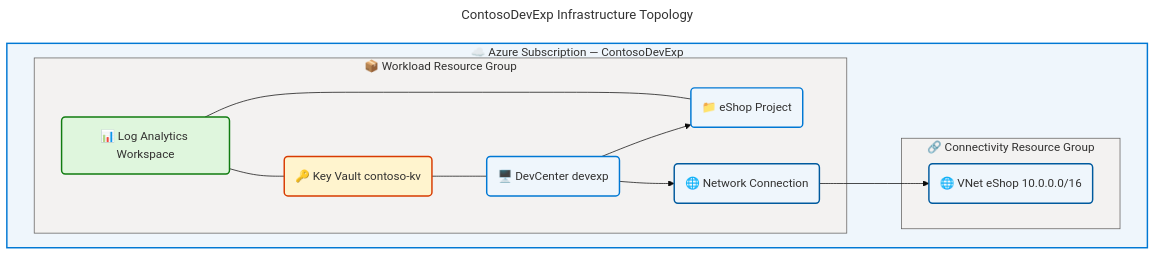
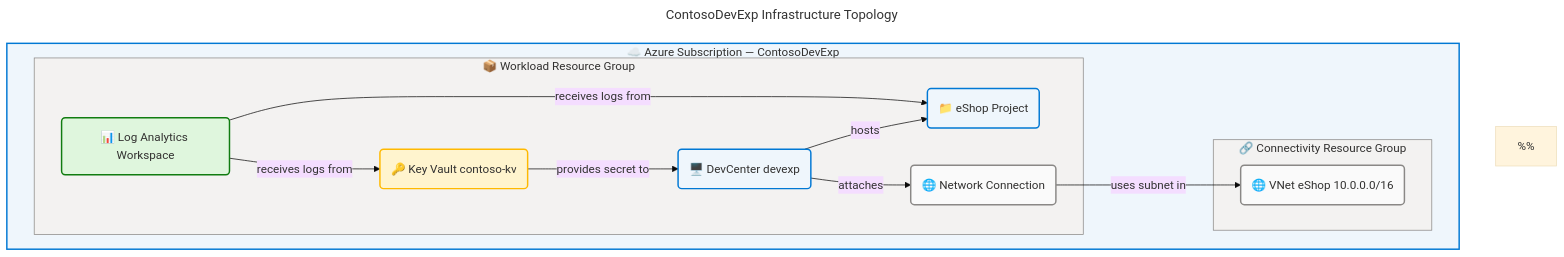
The first of 3 diagrams in docs/architecture/tech-arch.md (Evilazaro/DevExp-DevBox), drawn with Mermaid before and after one commit. The commit also changed other lines of this file and 3 other files, not shown here.

First line of the commit message:
Enhance architecture documentation with detailed descriptions and WCAG compliance

````diff
--- a/docs/architecture/tech-arch.md
+++ b/docs/architecture/tech-arch.md
@@ -186,45 +186,55 @@
 ```mermaid
 ---
 title: "ContosoDevExp Infrastructure Topology"
 config:
   theme: base
   look: classic
   layout: dagre
   themeVariables:
     fontSize: '16px'
   flowchart:
     htmlLabels: true
 ---
 flowchart TB
     accTitle: ContosoDevExp Infrastructure Topology
-    accDescr: Azure infrastructure topology showing the Azure Subscription containing the Workload Resource Group with DevCenter devexp, Key Vault, Log Analytics Workspace, Network Connection, and eShop Project; and the Connectivity Resource Group with the eShop Virtual Network. Arrows indicate dependencies and data flow between components.
+    accDescr: Azure infrastructure topology showing the Azure Subscription containing the Workload Resource Group with DevCenter devexp, Key Vault, Log Analytics Workspace, Network Connection, and eShop Project; and the Connectivity Resource Group with the eShop Virtual Network. Arrows indicate dependencies and data flow between components. Nodes: devcenter=core, kv=warning, law=success, netconn=neutral, eshop=core, vnet=neutral. WCAG AA compliant.
+    %%
+    %% AZURE / FLUENT ARCHITECTURE PATTERN v2.0
+    %% (Semantic + Structural + Font + Accessibility Governance)
+    %%
+    %% PHASE 1 - FLUENT UI: All styling uses approved Fluent UI palette only
+    %% PHASE 2 - GROUPS: Every subgraph has semantic color via style directive
+    %% PHASE 3 - COMPONENTS: Every node has semantic classDef + icon prefix
+    %% PHASE 4 - ACCESSIBILITY: accTitle/accDescr present, WCAG AA contrast
+    %% PHASE 5 - STANDARD: Governance block present, classDefs centralized
+    %%
 
     subgraph azSub["☁️ Azure Subscription — ContosoDevExp"]
         subgraph workloadRg["📦 Workload Resource Group"]
-            devcenter("🖥️ DevCenter devexp"):::compute
-            kv("🔑 Key Vault contoso-kv"):::security
-            law("📊 Log Analytics Workspace"):::monitor
-            netconn("🌐 Network Connection"):::network
-            eshop("📁 eShop Project"):::compute
+            devcenter("🖥️ DevCenter devexp"):::core
+            kv("🔑 Key Vault contoso-kv"):::warning
+            law("📊 Log Analytics Workspace"):::success
+            netconn("🌐 Network Connection"):::neutral
+            eshop("📁 eShop Project"):::core
         end
         subgraph connectRg["🔗 Connectivity Resource Group"]
-            vnet("🌐 VNet eShop 10.0.0.0/16"):::network
+            vnet("🌐 VNet eShop 10.0.0.0/16"):::neutral
         end
     end
 
-    devcenter --> eshop
-    devcenter --> netconn
-    netconn --> vnet
-    kv --- devcenter
-    law --- kv
-    law --- eshop
+    devcenter -->|hosts| eshop
+    devcenter -->|attaches| netconn
+    netconn -->|uses subnet in| vnet
+    kv -->|provides secret to| devcenter
+    law -->|receives logs from| kv
+    law -->|receives logs from| eshop
 
-    classDef compute fill:#EFF6FC,stroke:#0078D4,stroke-width:2px,color:#323130
-    classDef security fill:#FFF4CE,stroke:#D83B01,stroke-width:2px,color:#323130
-    classDef monitor fill:#DFF6DD,stroke:#107C10,stroke-width:2px,color:#323130
-    classDef network fill:#EFF6FC,stroke:#005A9E,stroke-width:2px,color:#323130
+    classDef core fill:#EFF6FC,stroke:#0078D4,stroke-width:2px,color:#323130
+    classDef warning fill:#FFF4CE,stroke:#FFB900,stroke-width:2px,color:#323130
+    classDef success fill:#DFF6DD,stroke:#107C10,stroke-width:2px,color:#323130
+    classDef neutral fill:#FAFAFA,stroke:#8A8886,stroke-width:2px,color:#323130
 
     style azSub fill:#EFF6FC,stroke:#0078D4,stroke-width:2px,color:#323130
-    style workloadRg fill:#F3F2F1,stroke:#605E5C,stroke-width:1px,color:#323130
-    style connectRg fill:#F3F2F1,stroke:#605E5C,stroke-width:1px,color:#323130
+    style workloadRg fill:#F3F2F1,stroke:#8A8886,stroke-width:1px,color:#323130
+    style connectRg fill:#F3F2F1,stroke:#8A8886,stroke-width:1px,color:#323130
 ```
````
